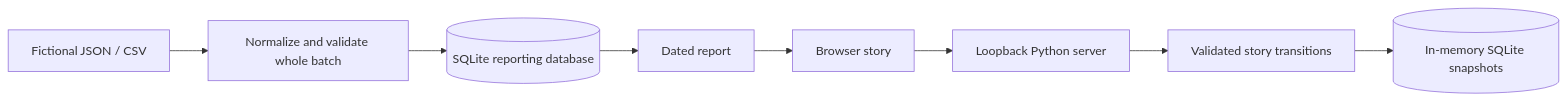
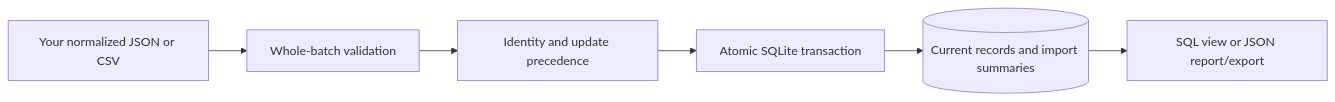
One commit to vladprosper/mission-control-demo changed the diagram in README.md. Above: the diagram before and after it, drawn with Mermaid. The commit also changed other lines of this file and 25 other files, not shown here.

First line of the commit message:
Extract reusable snapshot importer and versioned SQLite schema

````diff
--- a/README.md
+++ b/README.md
@@ -73,10 +84,8 @@
 ```mermaid
 flowchart LR
-    Browser[Browser story] --> HTTP[Loopback Python server]
-    HTTP --> Story[Validated story transitions]
-    Story --> Memory[(In-memory SQLite snapshots)]
-    Files[Fictional JSON / CSV] --> Validation[Normalize and validate whole batch]
-    Validation --> DB[(SQLite reporting database)]
-    DB --> Report[Dated report]
-    Report --> Browser
+    Input[Your normalized JSON or CSV] --> Validate[Whole-batch validation]
+    Validate --> Identity[Identity and update precedence]
+    Identity --> Transaction[Atomic SQLite transaction]
+    Transaction --> Records[(Current records and import summaries)]
+    Records --> SQL[SQL view or JSON report/export]
 ```
````
